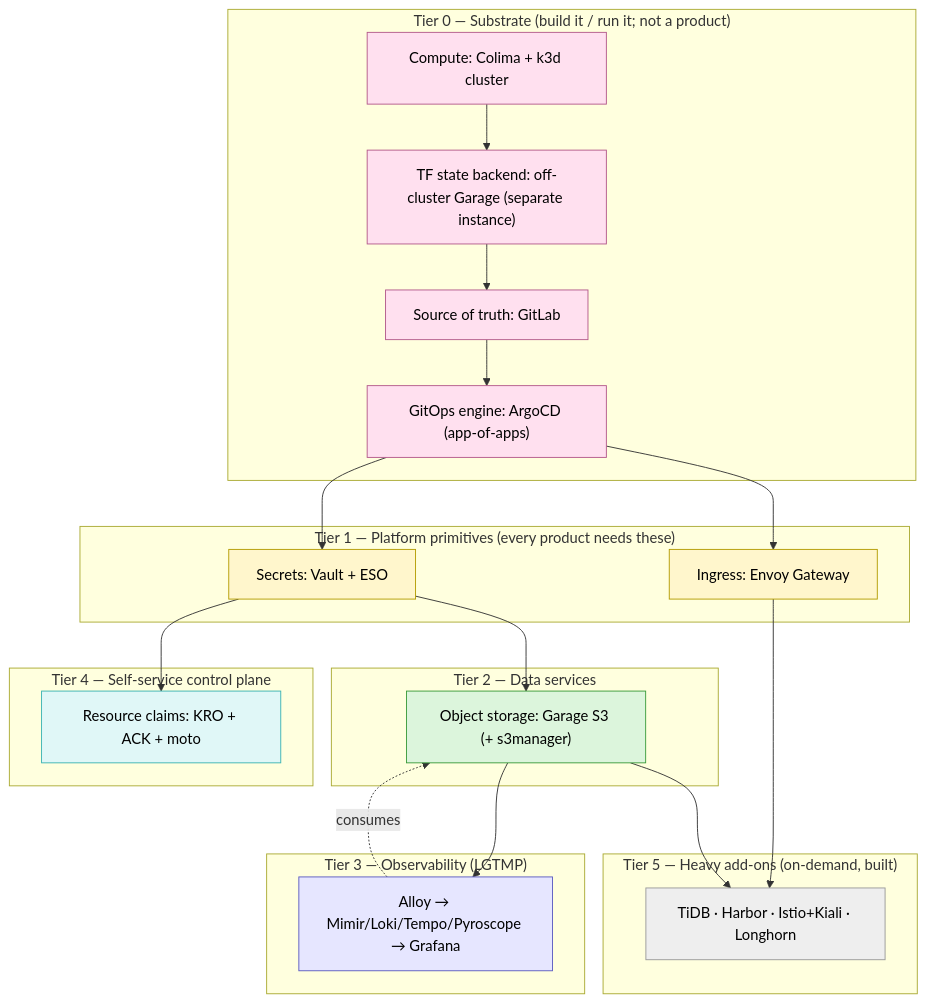
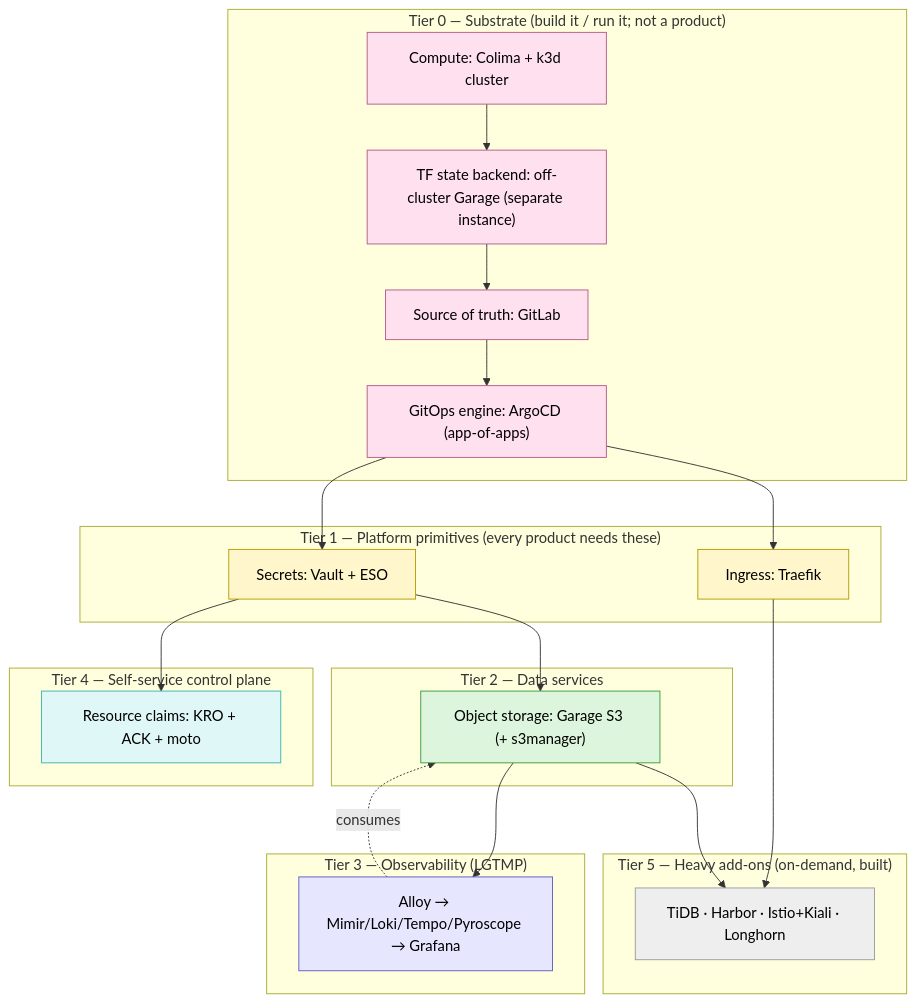
One commit to tooming/k8s-anywhere changed the diagram in docs/platform-products.md. Above: the diagram before and after it, drawn with Mermaid. The commit also changed other lines of this file and 170 other files, not shown here.

First line of the commit message:
feat(ingress)!: replace Envoy Gateway with Traefik (ADR-0040, supersedes ADR-0008) (#1451)

````diff
--- a/docs/platform-products.md
+++ b/docs/platform-products.md
@@ -56,41 +56,41 @@
 ```mermaid
 graph TD
   classDef sub fill:#ffe0ef,stroke:#b3598a,color:#000
   classDef prim fill:#fff6cc,stroke:#b39b00,color:#000
   classDef data fill:#dcf5dc,stroke:#3b9b3b,color:#000
   classDef obs fill:#e6e6ff,stroke:#5b5bc0,color:#000
   classDef ss fill:#e0f7f7,stroke:#3bb3b3,color:#000
   classDef plan fill:#eeeeee,stroke:#999,color:#000
 
   subgraph T0["Tier 0 — Substrate (build it / run it; not a product)"]
     compute["Compute: Colima + k3d cluster"]:::sub
     state["TF state backend: off-cluster Garage (separate instance)"]:::sub
     scm["Source of truth: GitLab"]:::sub
     cd["GitOps engine: ArgoCD (app-of-apps)"]:::sub
   end
   subgraph T1["Tier 1 — Platform primitives (every product needs these)"]
     secrets["Secrets: Vault + ESO"]:::prim
-    ingress["Ingress: Envoy Gateway"]:::prim
+    ingress["Ingress: Traefik"]:::prim
   end
   subgraph T2["Tier 2 — Data services"]
     s3["Object storage: Garage S3 (+ s3manager)"]:::data
   end
   subgraph T3["Tier 3 — Observability (LGTMP)"]
     obs["Alloy → Mimir/Loki/Tempo/Pyroscope → Grafana"]:::obs
   end
   subgraph T4["Tier 4 — Self-service control plane"]
     claims["Resource claims: KRO + ACK + moto"]:::ss
   end
   subgraph T5["Tier 5 — Heavy add-ons (on-demand, built)"]
     heavy["TiDB · Harbor · Istio+Kiali · Longhorn"]:::plan
   end
 
   compute --> state --> scm --> cd
   cd --> secrets & ingress
   secrets --> s3
   s3 --> obs
   secrets --> claims
   obs -. consumes .-> s3
   ingress --> heavy
   s3 --> heavy
 ```
````
